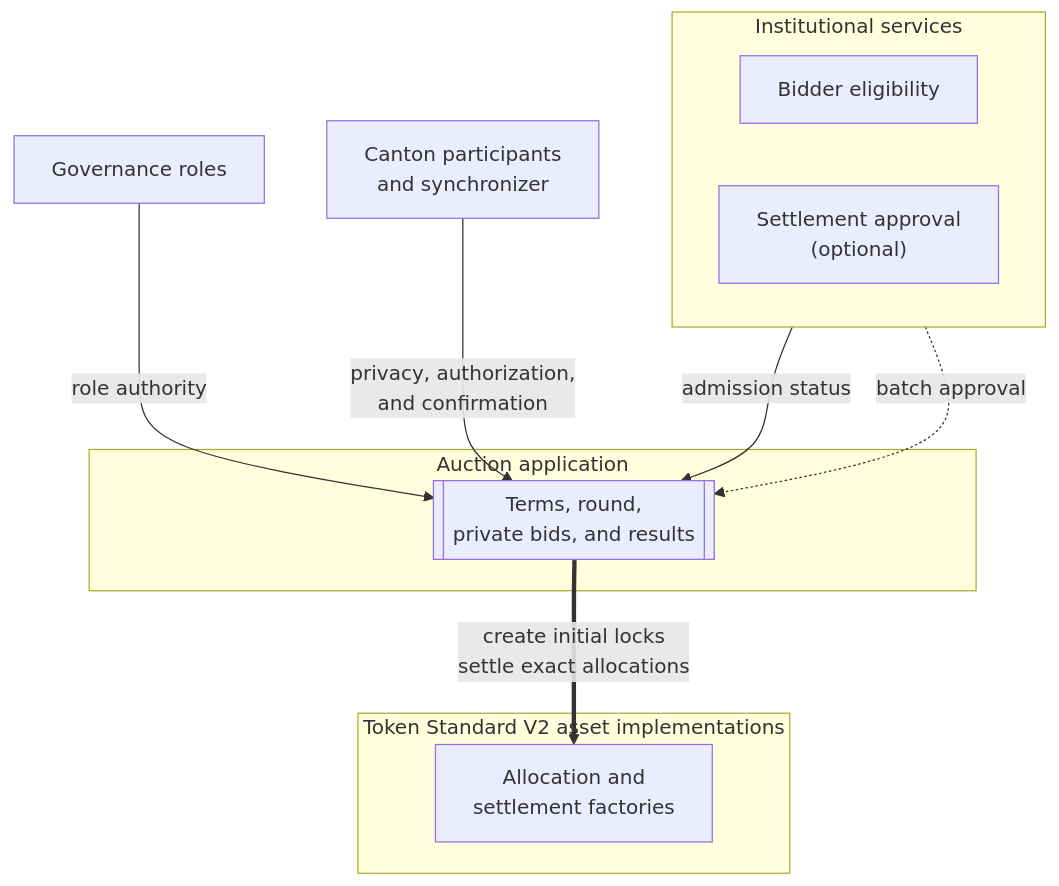
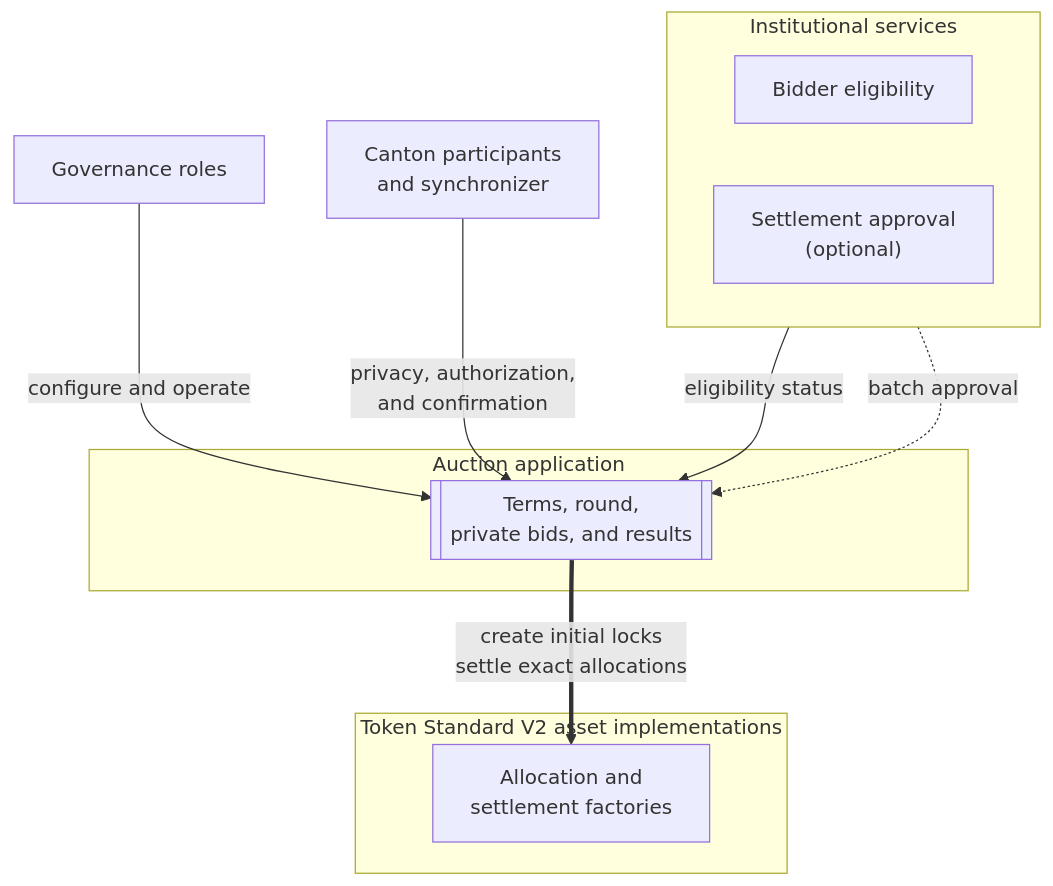
The second of 3 diagrams in docs/reference-architectures/confidential-auction.md (OpenZeppelin/canton-specs), drawn with Mermaid before and after one commit. The commit also changed other lines of this file, not shown here.

````diff
--- a/docs/reference-architectures/confidential-auction.md
+++ b/docs/reference-architectures/confidential-auction.md
@@ -155,25 +159,25 @@
 ```mermaid
 flowchart TB
     subgraph Services["Institutional services"]
         direction LR
         Eligibility["Bidder eligibility"]
         Approval["Settlement approval<br/>(optional)"]
     end
 
     subgraph App["Auction application"]
         Auction[["Terms, round,<br/>private bids, and results"]]
     end
 
     subgraph Assets["Token Standard V2 asset implementations"]
         Registries["Allocation and<br/>settlement factories"]
     end
 
     Governance["Governance roles"]
     Canton["Canton participants<br/>and synchronizer"]
 
-    Eligibility -->|"admission status"| Auction
+    Eligibility -->|"eligibility status"| Auction
     Approval -.->|"batch approval"| Auction
-    Governance -->|"role authority"| Auction
+    Governance -->|"configure and operate"| Auction
     Canton -->|"privacy, authorization,<br/>and confirmation"| Auction
     Auction ==>|"create initial locks<br/>settle exact allocations"| Registries
 ```
````
